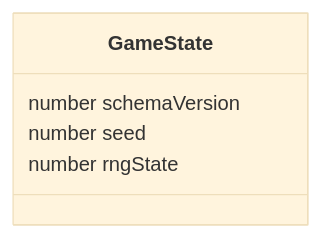
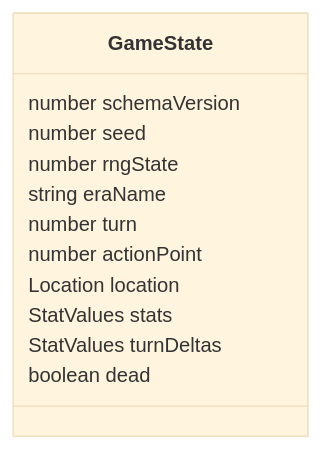
Before and after one commit to dcheng1248/agent-harness-test: the first of 2 diagrams in packages/core/ARCHITECTURE.md, drawn with Mermaid (base theme). The commit also changed other lines of this file and 5 other files, not shown here.

````diff
--- a/packages/core/ARCHITECTURE.md
+++ b/packages/core/ARCHITECTURE.md
@@ -5,8 +8,15 @@
 ```mermaid
 classDiagram
   class GameState {
     number schemaVersion
     number seed
     number rngState
+    string eraName
+    number turn
+    number actionPoint
+    Location location
+    StatValues stats
+    StatValues turnDeltas
+    boolean dead
   }
 ```
````
